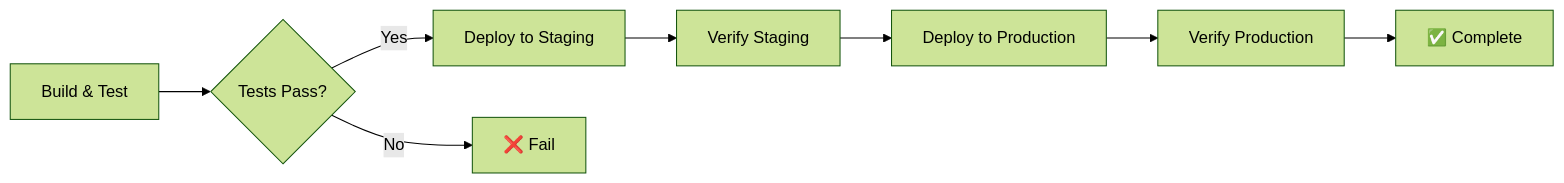
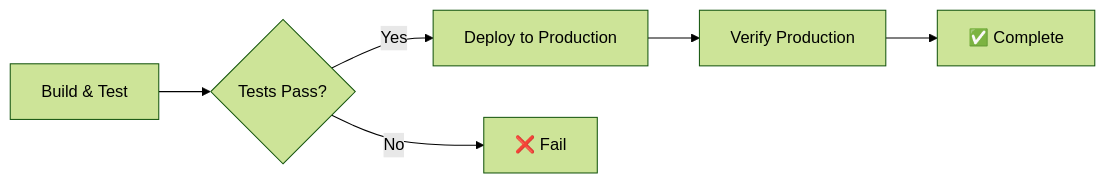
One commit to jjbutler74/MyWeekendsLeft changed the diagram in infrastructure/README.md. Above: the diagram before and after it, drawn with Mermaid (forest theme). The commit also changed other lines of this file and 4 other files, not shown here.

````diff
--- a/infrastructure/README.md
+++ b/infrastructure/README.md
@@ -122,10 +109,8 @@
 ```mermaid
 graph LR
     A[Build & Test] --> B{Tests Pass?}
-    B -->|Yes| C[Deploy to Staging]
+    B -->|Yes| C[Deploy to Production]
     B -->|No| D[❌ Fail]
-    C --> E[Verify Staging]
-    E --> F[Deploy to Production]
-    F --> G[Verify Production]
-    G --> H[✅ Complete]
+    C --> E[Verify Production]
+    E --> F[✅ Complete]
 ```
````
